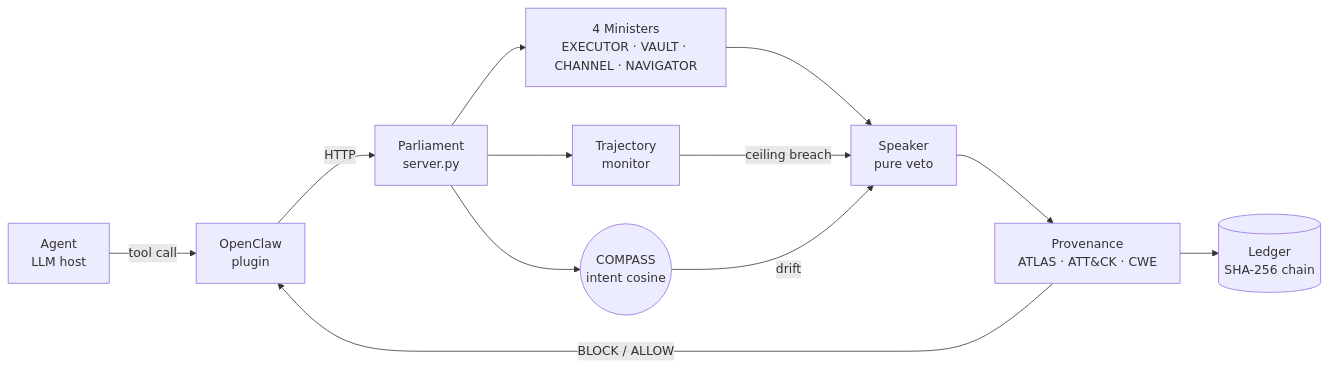
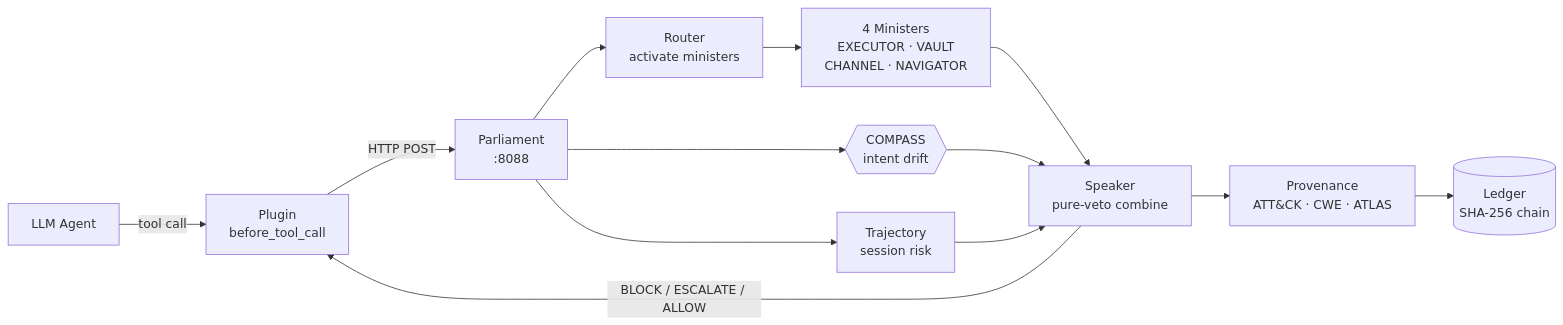
One commit to Ishani018/Kavach changed the first of 6 diagrams in README.md. Above: the diagram before and after it, drawn with Mermaid. The commit also changed other lines of this file, not shown here.

````diff
--- a/README.md
+++ b/README.md
@@ -7,14 +32,15 @@
 ```mermaid
 flowchart LR
-  A["Agent\nLLM host"] -->|"tool call"| B["OpenClaw\nplugin"]
-  B -->|"HTTP"| C["Parliament\nserver.py"]
-  C --> D(("COMPASS\nintent cosine"))
-  C --> E["Trajectory\nmonitor"]
-  C --> F["4 Ministers\nEXECUTOR · VAULT · CHANNEL · NAVIGATOR"]
-  F --> G["Speaker\npure veto"]
-  E -->|"ceiling breach"| G
-  D -->|"drift"| G
-  G --> H["Provenance\nATLAS · ATT&CK · CWE"]
-  H --> I[("Ledger\nSHA-256 chain")]
-  H -->|"BLOCK / ALLOW"| B
+  A["LLM Agent"] -->|"tool call"| B["Plugin<br/>before_tool_call"]
+  B -->|"HTTP POST"| C["Parliament<br/>:8088"]
+  C --> D{{"COMPASS<br/>intent drift"}}
+  C --> R["Router<br/>activate ministers"]
+  R --> M["4 Ministers<br/>EXECUTOR · VAULT<br/>CHANNEL · NAVIGATOR"]
+  C --> T["Trajectory<br/>session risk"]
+  M --> S["Speaker<br/>pure-veto combine"]
+  D --> S
+  T --> S
+  S --> P["Provenance<br/>ATT&CK · CWE · ATLAS"]
+  P --> L[("Ledger<br/>SHA-256 chain")]
+  S -->|"BLOCK / ESCALATE / ALLOW"| B
 ```
````
